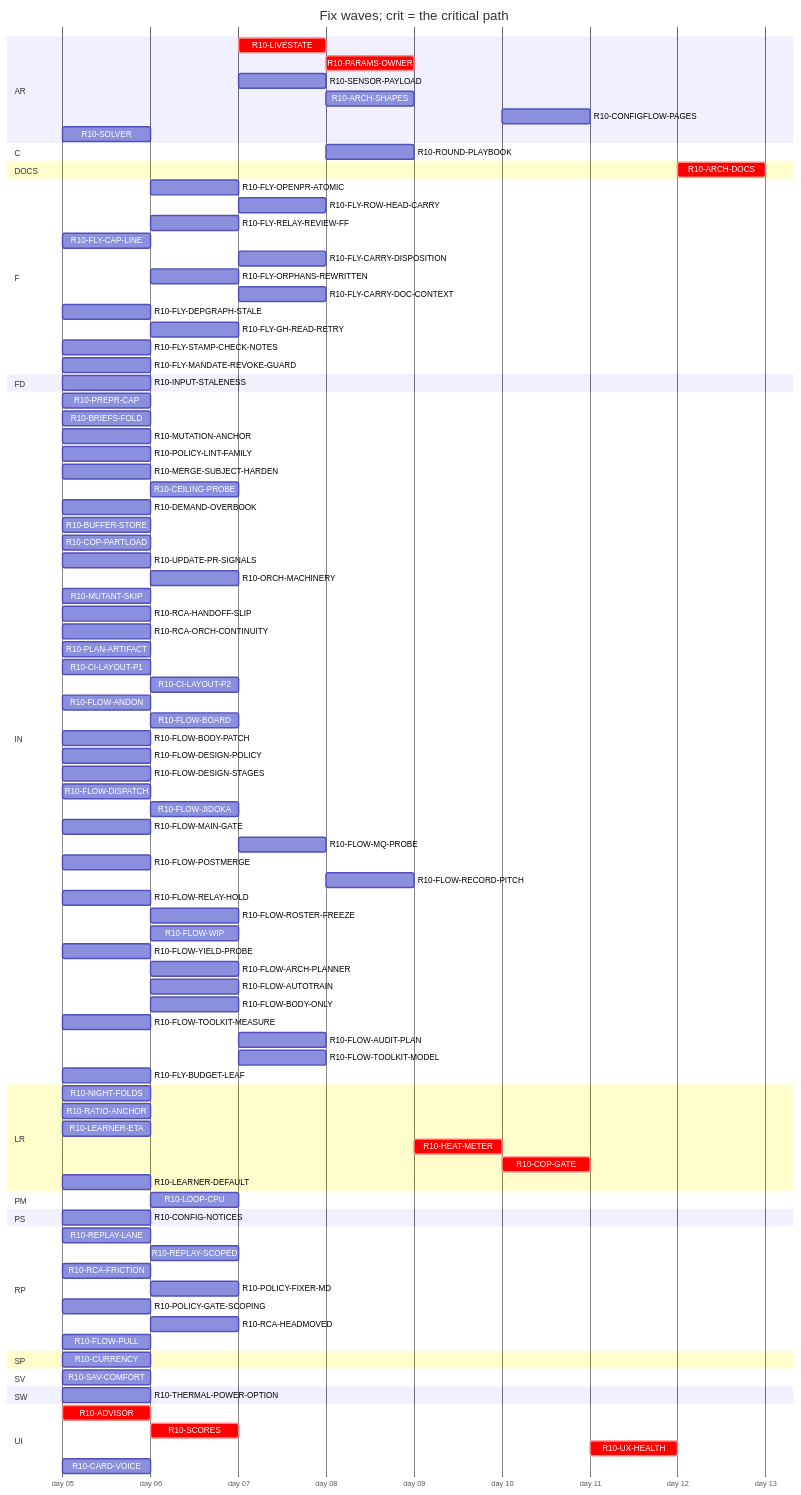
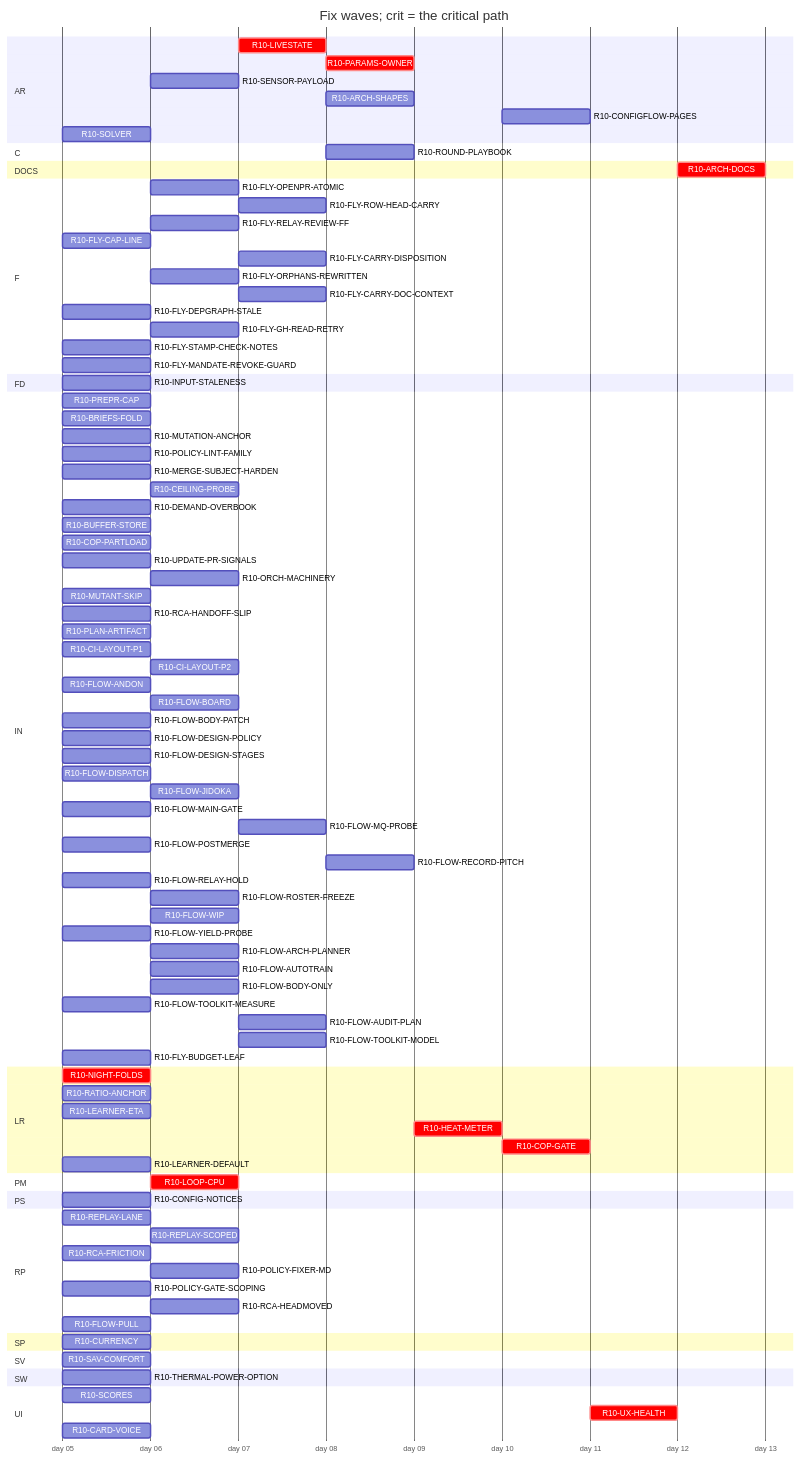
Before and after one commit to tvofi/heatpump_optimizer: the diagram in handoff/round10/state/PLAN-TABLE.md, drawn with Mermaid. The commit also changed other lines of this file and 2 other files, not shown here.

````diff
--- a/handoff/round10/state/PLAN-TABLE.md
+++ b/handoff/round10/state/PLAN-TABLE.md
@@ -39,7 +39,7 @@
   section C
     R10-ROUND-PLAYBOOK :r10ROUNDPLAYBOOK, after r10FLOWARCHPLANNER r10FLOWAUDITPLAN r10ORCHMACHINERY r10FLOWAUTOTRAIN r10FLOWMAINGATE r10FLOWDISPATCH r10CILAYOUTP2, 1d
   section DOCS
-    R10-ARCH-DOCS :crit, r10ARCHDOCS, after r10NIGHTFOLDS r10RATIOANCHOR r10INPUTSTALENESS r10CURRENCY r10LOOPCPU r10ADVISOR r10SCORES r10LIVESTATE r10CONFIGNOTICES r10PARAMSOWNER r10SENSORPAYLOAD r10ARCHSHAPES r10LEARNERETA r10HEATMETER r10COPGATE r10UXHEALTH r10CONFIGFLOWPAGES r10SOLVER r10BRIEFSFOLD r10REPLAYLANE r10REPLAYSCOPED, 1d
+    R10-ARCH-DOCS :crit, r10ARCHDOCS, after r10NIGHTFOLDS r10RATIOANCHOR r10INPUTSTALENESS r10CURRENCY r10LOOPCPU r10SCORES r10LIVESTATE r10CONFIGNOTICES r10PARAMSOWNER r10SENSORPAYLOAD r10ARCHSHAPES r10LEARNERETA r10HEATMETER r10COPGATE r10UXHEALTH r10CONFIGFLOWPAGES r10SOLVER r10BRIEFSFOLD r10REPLAYLANE r10REPLAYSCOPED, 1d
   section F
     R10-FLY-OPENPR-ATOMIC :r10FLYOPENPRATOMIC, after r10UPDATEPRSIGNALS, 1d
     R10-FLY-ROW-HEAD-CARRY :r10FLYROWHEADCARRY, after r10CILAYOUTP2 r10FLYOPENPRATOMIC, 1d
@@ -68,7 +68,6 @@
     R10-ORCH-MACHINERY :r10ORCHMACHINERY, after r10FLOWMAINGATE r10CILAYOUTP1, 1d
     R10-MUTANT-SKIP :r10MUTANTSKIP, 2026-01-05, 1d
     R10-RCA-HANDOFF-SLIP :r10RCAHANDOFFSLIP, 2026-01-05, 1d
-    R10-RCA-ORCH-CONTINUITY :r10RCAORCHCONTINUITY, 2026-01-05, 1d
     R10-PLAN-ARTIFACT :r10PLANARTIFACT, 2026-01-05, 1d
     R10-CI-LAYOUT-P1 :r10CILAYOUTP1, 2026-01-05, 1d
     R10-CI-LAYOUT-P2 :r10CILAYOUTP2, after r10CILAYOUTP1, 1d
@@ -95,14 +94,14 @@
     R10-FLOW-TOOLKIT-MODEL :r10FLOWTOOLKITMODEL, after r10ORCHMACHINERY r10FLOWTOOLKITMEASURE, 1d
     R10-FLY-BUDGET-LEAF :r10FLYBUDGETLEAF, 2026-01-05, 1d
   section LR
-    R10-NIGHT-FOLDS :r10NIGHTFOLDS, 2026-01-05, 1d
+    R10-NIGHT-FOLDS :crit, r10NIGHTFOLDS, 2026-01-05, 1d
     R10-RATIO-ANCHOR :r10RATIOANCHOR, 2026-01-05, 1d
     R10-LEARNER-ETA :r10LEARNERETA, 2026-01-05, 1d
     R10-HEAT-METER :crit, r10HEATMETER, after r10LEARNERETA r10INPUTSTALENESS r10RATIOANCHOR r10PARAMSOWNER r10ARCHSHAPES r10THERMALPOWEROPTION, 1d
     R10-COP-GATE :crit, r10COPGATE, after r10HEATMETER r10SENSORPAYLOAD, 1d
     R10-LEARNER-DEFAULT :r10LEARNERDEFAULT, 2026-01-05, 1d
   section PM
-    R10-LOOP-CPU :r10LOOPCPU, after r10NIGHTFOLDS, 1d
+    R10-LOOP-CPU :crit, r10LOOPCPU, after r10NIGHTFOLDS, 1d
   section PS
     R10-CONFIG-NOTICES :r10CONFIGNOTICES, 2026-01-05, 1d
   section RP
@@ -120,8 +119,7 @@
   section SW
     R10-THERMAL-POWER-OPTION :r10THERMALPOWEROPTION, 2026-01-05, 1d
   section UI
-    R10-ADVISOR :crit, r10ADVISOR, 2026-01-05, 1d
-    R10-SCORES :crit, r10SCORES, after r10ADVISOR, 1d
+    R10-SCORES :r10SCORES, 2026-01-05, 1d
     R10-UX-HEALTH :crit, r10UXHEALTH, after r10SCORES r10COPGATE r10HEATMETER, 1d
     R10-CARD-VOICE :r10CARDVOICE, 2026-01-05, 1d
 ```
````
